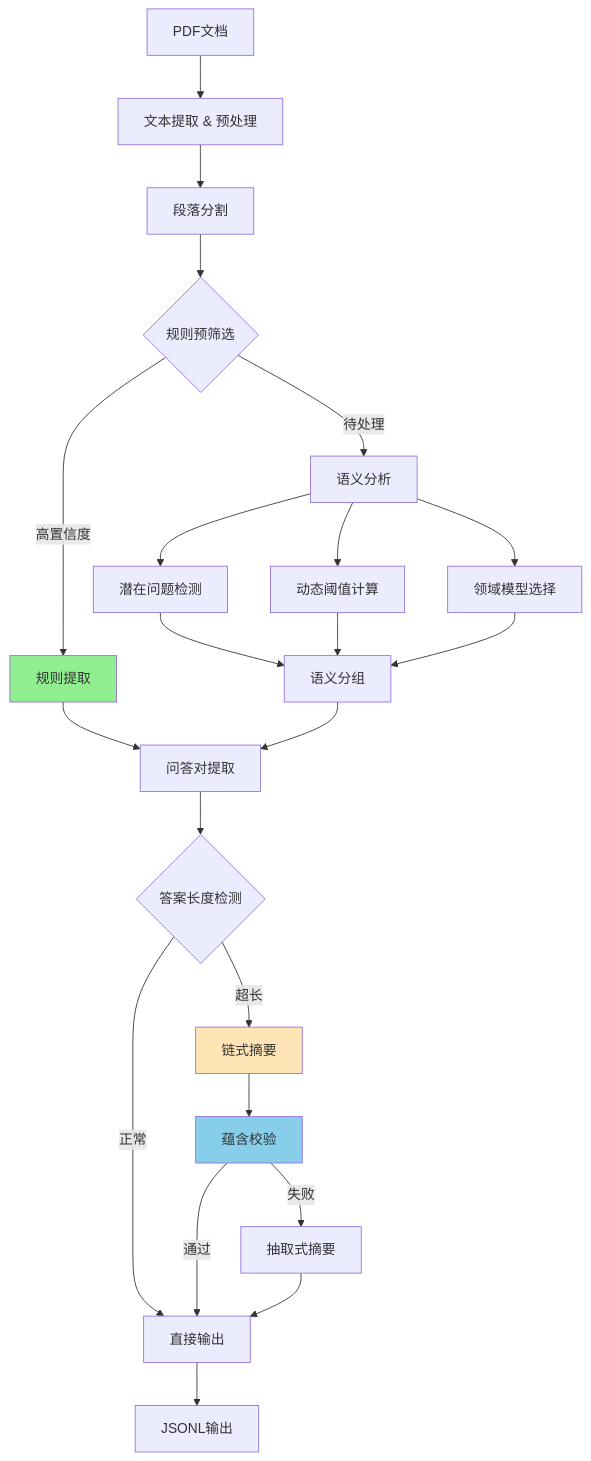
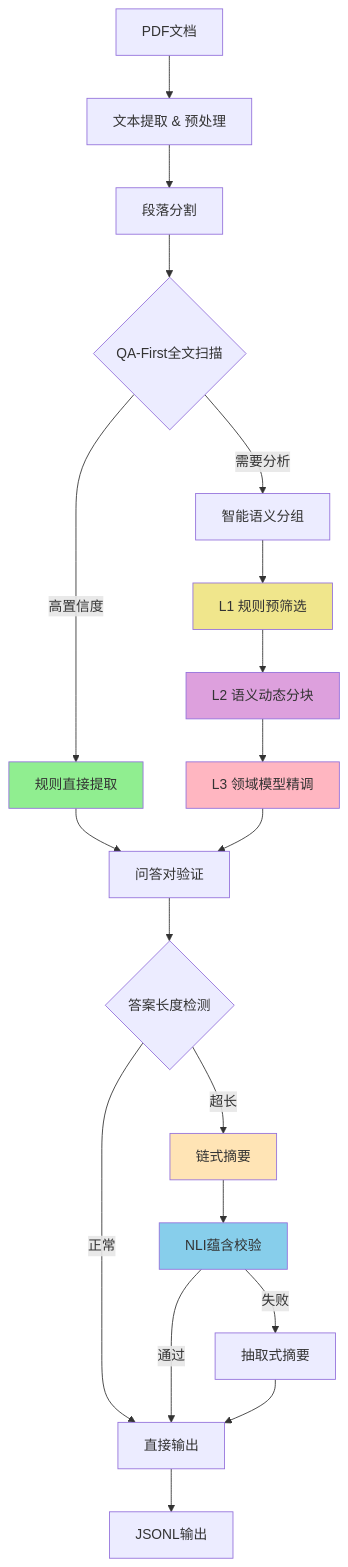
The diagram in README.md (souflex56/legend-qa-extractor), drawn with Mermaid before and after one commit. The commit also changed other lines of this file and 9 other files, not shown here.

````diff
--- a/README.md
+++ b/README.md
@@ -67,35 +72,34 @@
 ```mermaid
 graph TB
     A[PDF文档] --> B[文本提取 & 预处理]
     B --> C[段落分割]
     
-    C --> D{规则预筛选}
-    D -->|高置信度| E[规则提取]
-    D -->|待处理| F[语义分析]
+    C --> D{QA-First全文扫描}
+    D -->|高置信度| E[规则直接提取]
+    D -->|需要分析| F[智能语义分组]
     
-    F --> G[潜在问题检测]
-    F --> H[动态阈值计算]
-    F --> I[领域模型选择]
+    F --> G[L1 规则预筛选]
+    G --> H[L2 语义动态分块]
+    H --> I[L3 领域模型精调]
     
-    G --> J[语义分组]
-    H --> J
+    E --> J[问答对验证]
     I --> J
     
-    E --> K[问答对提取]
-    J --> K
+    J --> K{答案长度检测}
+    K -->|超长| L[链式摘要]
+    K -->|正常| M[直接输出]
     
-    K --> L{答案长度检测}
-    L -->|超长| M[链式摘要]
-    L -->|正常| N[直接输出]
+    L --> N[NLI蕴含校验]
+    N -->|通过| M
+    N -->|失败| O[抽取式摘要]
+    O --> M
     
-    M --> O[蕴含校验]
-    O -->|通过| N
-    O -->|失败| P[抽取式摘要]
-    P --> N
-    
-    N --> Q[JSONL输出]
+    M --> P[JSONL输出]
     
     style E fill:#90EE90
-    style M fill:#FFE4B5
-    style O fill:#87CEEB
+    style L fill:#FFE4B5
+    style N fill:#87CEEB
+    style G fill:#F0E68C
+    style H fill:#DDA0DD
+    style I fill:#FFB6C1
 ```
````
